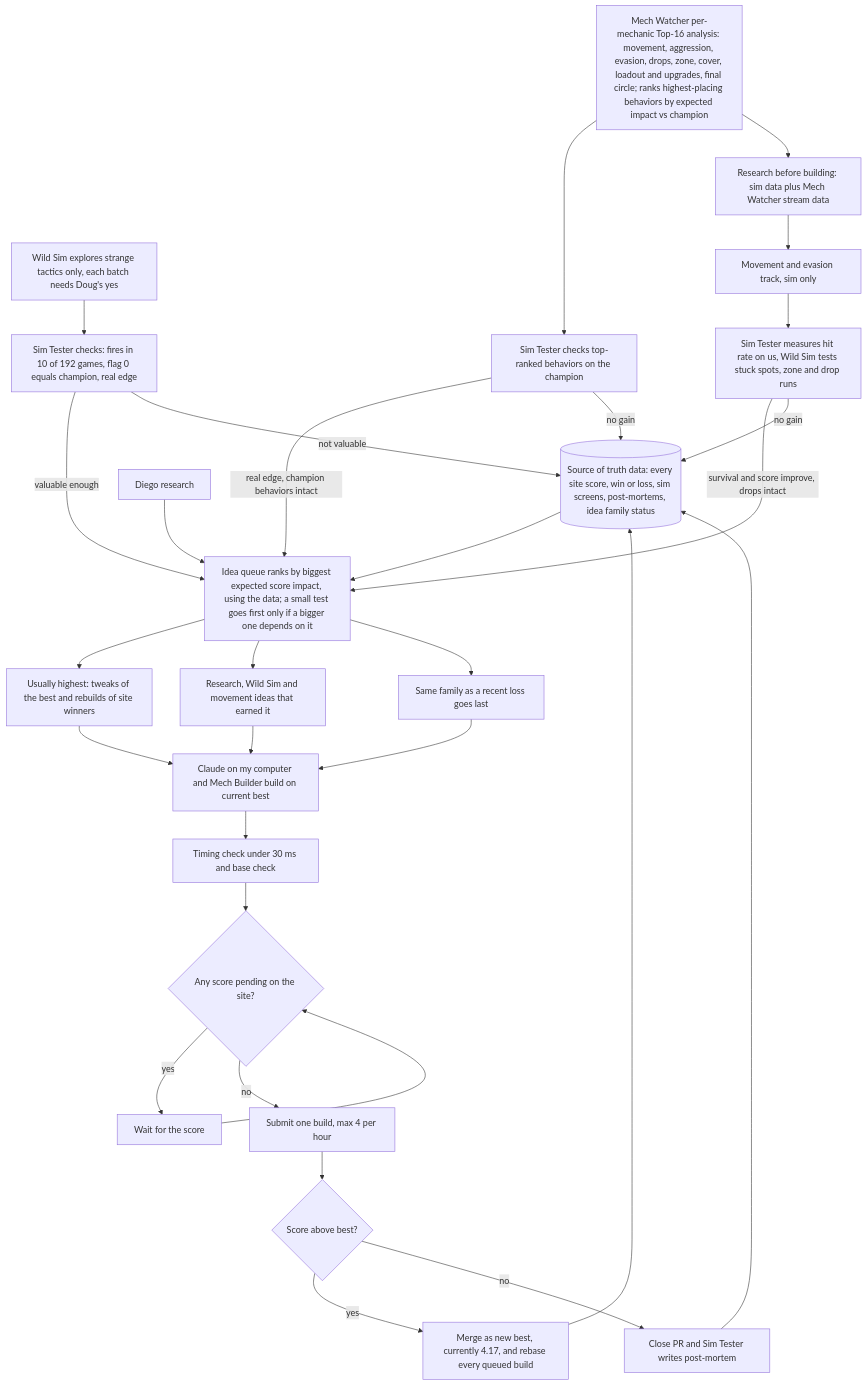
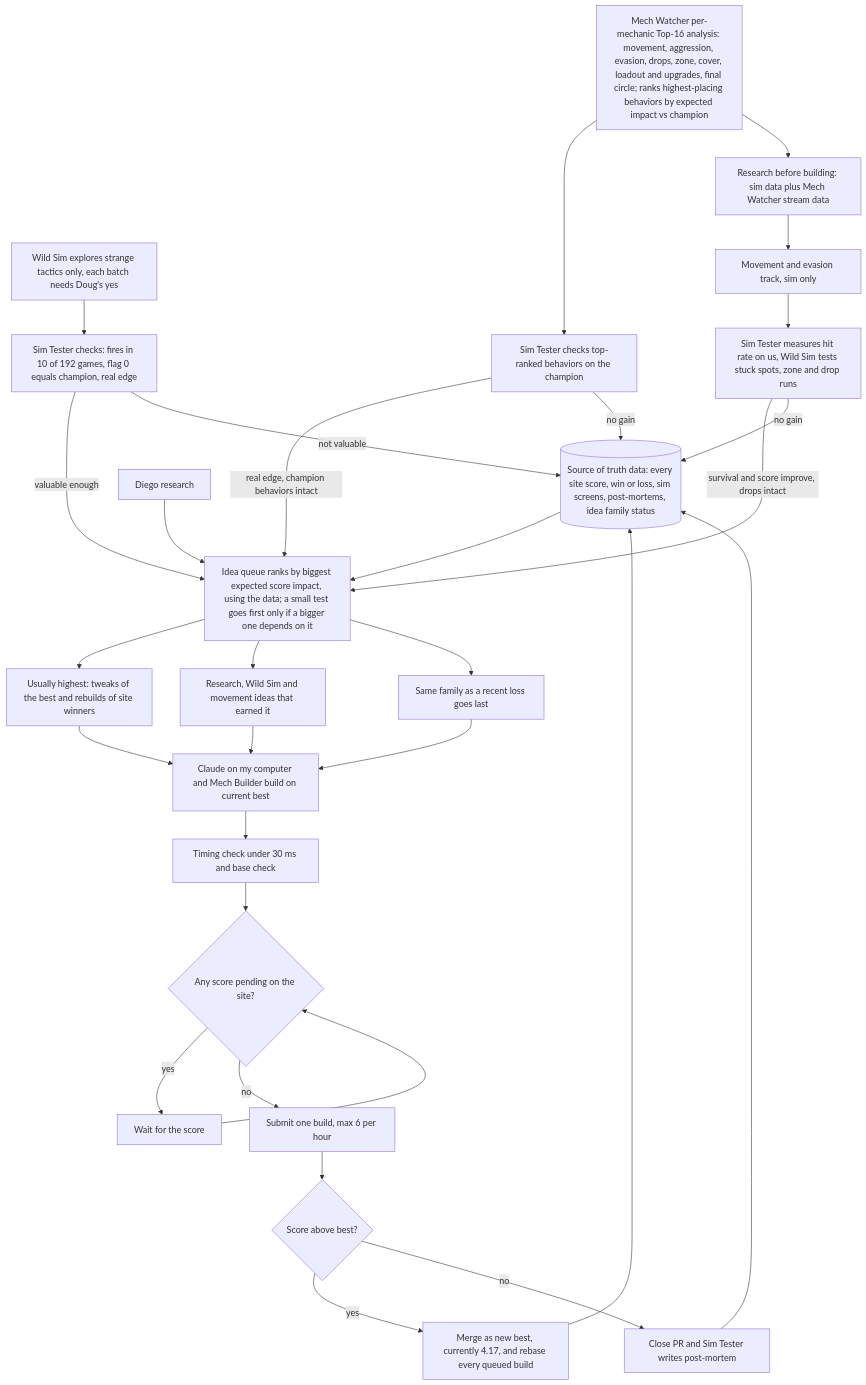
One commit to dmclaughlin-bit/mech-bot changed the diagram in coord/WORKFLOW_CHART.md. Above: the diagram before and after it, drawn with Mermaid. The commit also changed other lines of this file and 1 other file, not shown here.

Commit message:
Workflow: 6 site tests per hour (Doug confirmed Sat 4:10 PM ET)

````diff
--- a/coord/WORKFLOW_CHART.md
+++ b/coord/WORKFLOW_CHART.md
@@ -7,32 +7,32 @@
 ```mermaid
 flowchart TD
     DB[(Source of truth data: every site score, win or loss, sim screens, post-mortems, idea family status)] --> Q
     WS[Wild Sim explores strange tactics only, each batch needs Doug's yes] --> ST1[Sim Tester checks: fires in 10 of 192 games, flag 0 equals champion, real edge]
     ST1 -- valuable enough --> Q
     ST1 -- not valuable --> DB
     WA[Mech Watcher per-mechanic Top-16 analysis: movement, aggression, evasion, drops, zone, cover, loadout and upgrades, final circle; ranks highest-placing behaviors by expected impact vs champion] --> WT[Sim Tester checks top-ranked behaviors on the champion]
     WT -- real edge, champion behaviors intact --> Q
     WT -- no gain --> DB
     WA --> RS
     RS[Research before building: sim data plus Mech Watcher stream data] --> MV
     MV[Movement and evasion track, sim only] --> MT[Sim Tester measures hit rate on us, Wild Sim tests stuck spots, zone and drop runs]
     MT -- survival and score improve, drops intact --> Q
     MT -- no gain --> DB
     DR[Diego research] --> Q
     Q[Idea queue ranks by biggest expected score impact, using the data; a small test goes first only if a bigger one depends on it] --> P1[Usually highest: tweaks of the best and rebuilds of site winners]
     Q --> P2[Research, Wild Sim and movement ideas that earned it]
     Q --> P3[Same family as a recent loss goes last]
     P1 --> C[Claude on my computer and Mech Builder build on current best]
     P2 --> C
     P3 --> C
     C --> D[Timing check under 30 ms and base check]
     D --> F{Any score pending on the site?}
     F -- yes --> G[Wait for the score]
     G --> F
-    F -- no --> H[Submit one build, max 4 per hour]
+    F -- no --> H[Submit one build, max 6 per hour]
     H --> I{Score above best?}
     I -- yes --> J[Merge as new best, currently 4.17, and rebase every queued build]
     I -- no --> K[Close PR and Sim Tester writes post-mortem]
     J --> DB
     K --> DB
 ```
````
